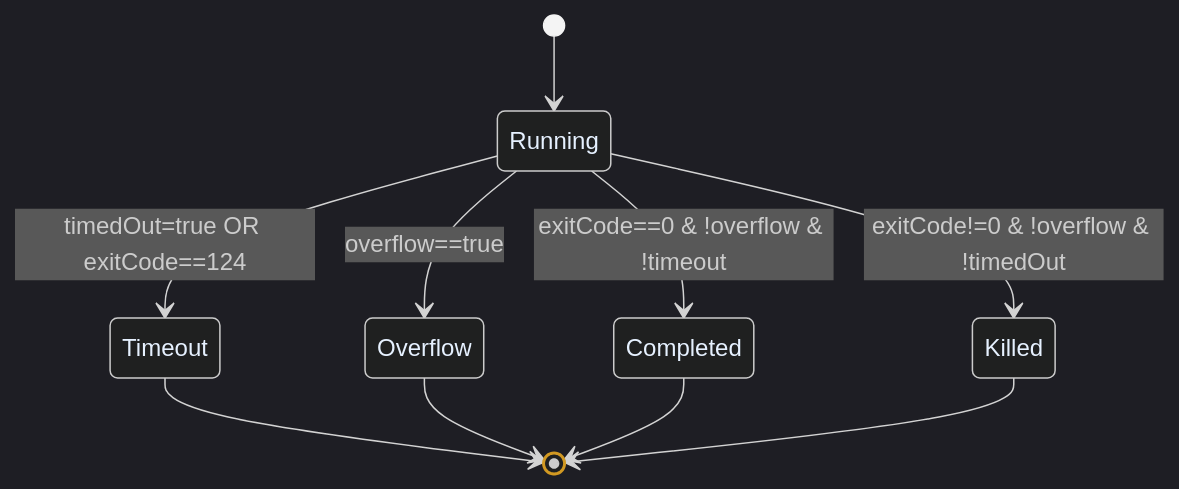
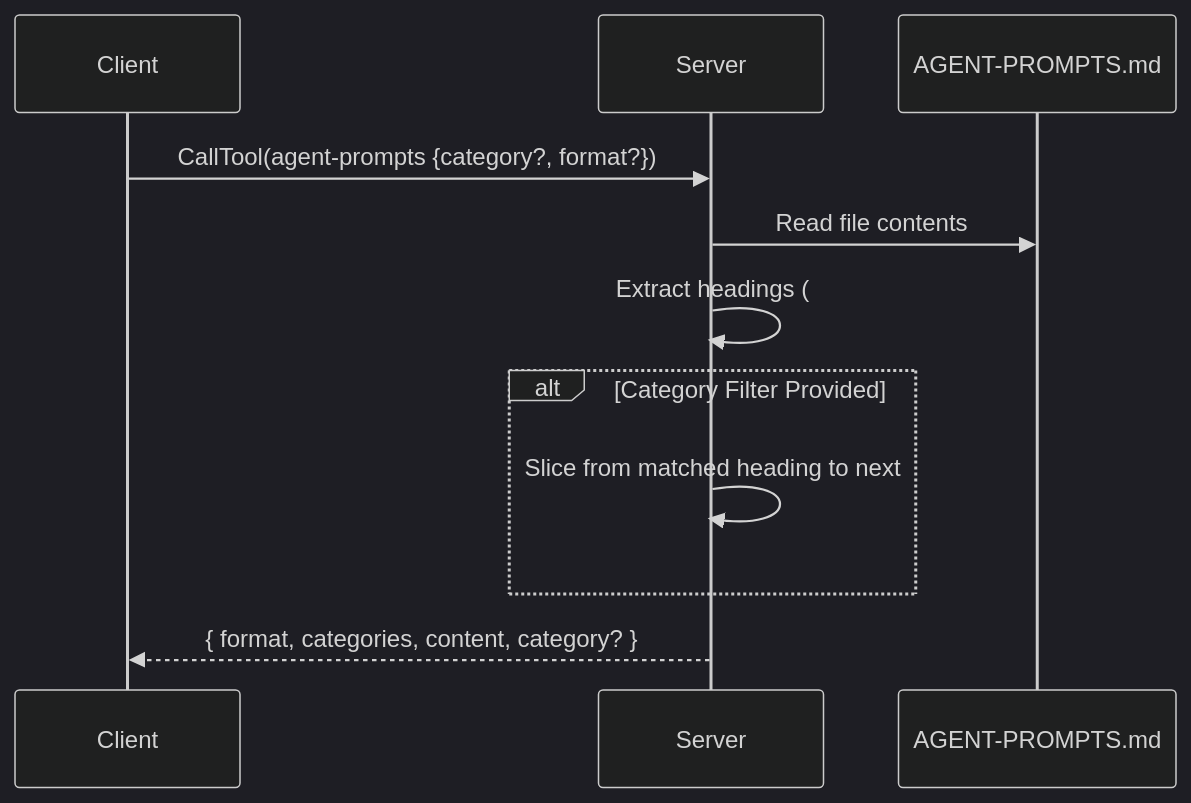
The eighth of 10 diagrams in docs/ARCHITECTURE.md (jagilber-org/powershell-mcp-server), drawn with Mermaid before and after one commit. The commit also changed other lines of this file and 15 other files, not shown here.

Commit message:
transport: add legacy line protocol fallback + framer diagnostics; metrics: baseline sampling + ps-metrics test temporarily skipped (documented); timeouts: strict hang semantics & watchdog hardening; security: early classification before exec; docs: update architecture & observability roadmap

````diff
--- a/docs/ARCHITECTURE.md
+++ b/docs/ARCHITECTURE.md
@@ -159,13 +280,15 @@
 ```mermaid
-%%{init:{'theme':'dark','themeVariables':{'primaryColor':'#1e2730','primaryTextColor':'#e6f1ff','primaryBorderColor':'#d29922','lineColor':'#d29922','secondaryColor':'#2a3542'}}}%%
-stateDiagram-v2
-    [*] --> Running
-    Running --> Completed: exitCode==0 & !overflow & !timeout
-    Running --> Timeout: timedOut=true OR exitCode==124
-    Running --> Overflow: overflow==true
-    Running --> Killed: exitCode!=0 & !overflow & !timedOut
-    Timeout --> [*]
-    Overflow --> [*]
-    Completed --> [*]
-    Killed --> [*]
+%%{init: {'theme':'dark','themeVariables': { 'primaryColor': '#1e2730','primaryTextColor':'#e6f1ff','primaryBorderColor':'#4fa3ff','lineColor':'#6ea8ff','secondaryColor':'#2a3542','tertiaryColor':'#16202a'}}}%%
+sequenceDiagram
+    participant Client
+    participant Server
+    participant File as AGENT-PROMPTS.md
+
+    Client->>Server: CallTool(agent-prompts {category?, format?})
+    Server->>File: Read file contents
+    Server->>Server: Extract headings (## ...)
+    alt Category Filter Provided
+        Server->>Server: Slice from matched heading to next
+    end
+    Server-->>Client: { format, categories, content, category? }
 ```
````
